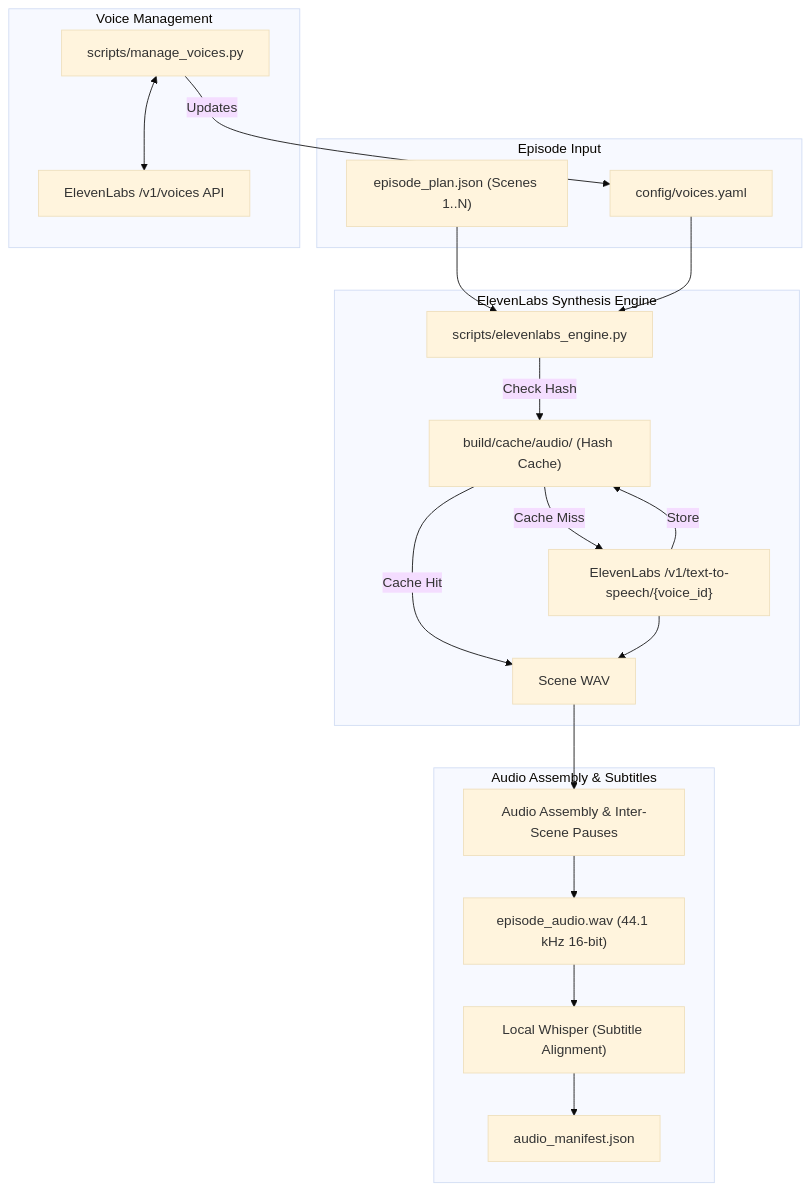
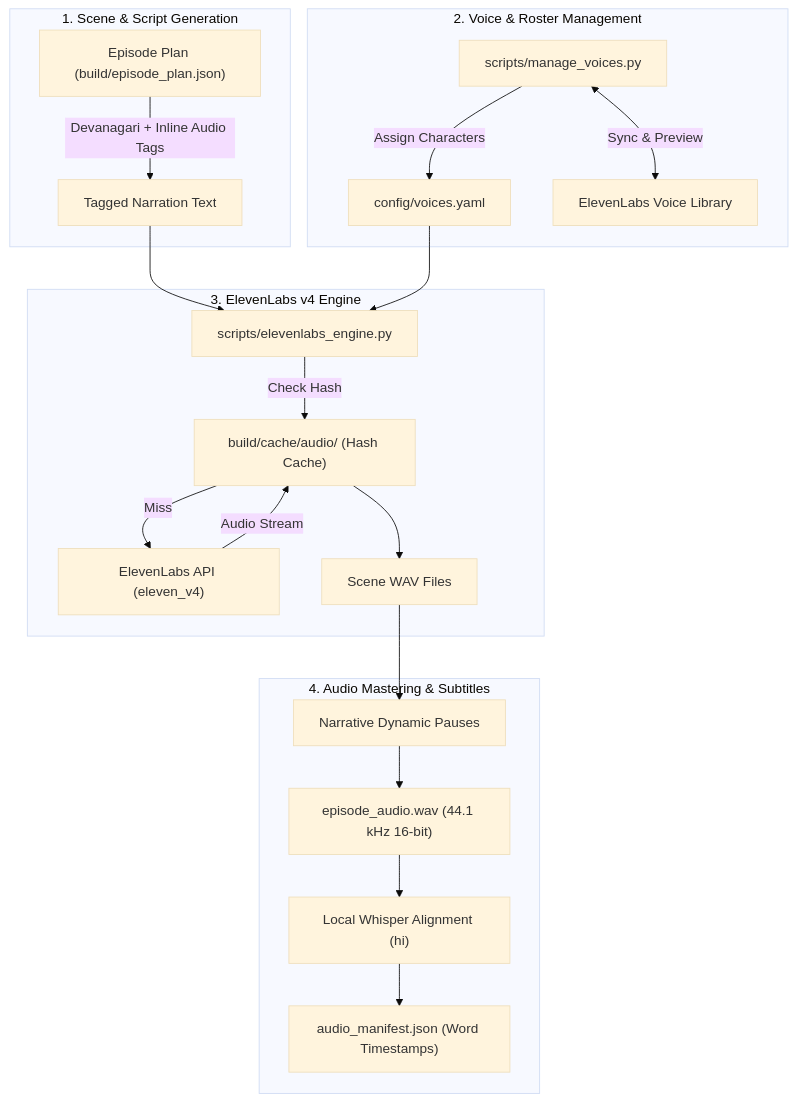
The first of 2 diagrams in docs/hindi-voice-engine-development-plan.md (manishborikar92/Sutradhar), drawn with Mermaid (base theme) before and after one commit. The commit also changed other lines of this file and 1 other file, not shown here.

First line of the commit message:
docs(prompts,plans): Update Sutradhar automation prompt and development plan for ElevenLabs integration

````diff
--- a/docs/hindi-voice-engine-development-plan.md
+++ b/docs/hindi-voice-engine-development-plan.md
@@ -66,36 +21,34 @@
 ```mermaid
 flowchart TD
-    subgraph Input ["Episode Input"]
-        EP["episode_plan.json (Scenes 1..N)"]
-        CFG["config/voices.yaml"]
+    subgraph Planning ["1. Scene & Script Generation"]
+        P["Episode Plan (build/episode_plan.json)"]
+        P -->|Devanagari + Inline Audio Tags| T["Tagged Narration Text"]
     end
 
-    subgraph Tooling ["Voice Management"]
+    subgraph Config ["2. Voice & Roster Management"]
+        VY["config/voices.yaml"]
         CLI["scripts/manage_voices.py"]
-        API_V["ElevenLabs /v1/voices API"]
-        CLI <--> API_V
-        CLI -->|Updates| CFG
+        CLI <-->|Sync & Preview| EL_LIB["ElevenLabs Voice Library"]
+        CLI -->|Assign Characters| VY
     end
 
-    subgraph Engine ["ElevenLabs Synthesis Engine"]
-        DISPATCH["scripts/elevenlabs_engine.py"]
+    subgraph Engine ["3. ElevenLabs v4 Engine"]
+        E["scripts/elevenlabs_engine.py"]
         CACHE["build/cache/audio/ (Hash Cache)"]
-        API_TTS["ElevenLabs /v1/text-to-speech/{voice_id}"]
+        API["ElevenLabs API (eleven_v4)"]
         
-        DISPATCH -->|Check Hash| CACHE
-        CACHE -->|Cache Hit| RET_AUDIO["Scene WAV"]
-        CACHE -->|Cache Miss| API_TTS
-        API_TTS -->|Store| CACHE
-        API_TTS --> RET_AUDIO
+        T --> E
+        VY --> E
+        E -->|Check Hash| CACHE
+        CACHE -->|Miss| API
+        API -->|Audio Stream| CACHE
+        CACHE --> SCENE_AUDIO["Scene WAV Files"]
     end
 
-    subgraph Assembly ["Audio Assembly & Subtitles"]
-        RET_AUDIO --> CONCAT["Audio Assembly & Inter-Scene Pauses"]
-        CONCAT --> MASTER["episode_audio.wav (44.1 kHz 16-bit)"]
-        MASTER --> WHISPER["Local Whisper (Subtitle Alignment)"]
-        WHISPER --> MANIFEST["audio_manifest.json"]
+    subgraph Assembly ["4. Audio Mastering & Subtitles"]
+        SCENE_AUDIO --> PAUSES["Narrative Dynamic Pauses"]
+        PAUSES --> MASTER["episode_audio.wav (44.1 kHz 16-bit)"]
+        MASTER --> WHISPER["Local Whisper Alignment (hi)"]
+        WHISPER --> MANIFEST["audio_manifest.json (Word Timestamps)"]
     end
-
-    EP --> DISPATCH
-    CFG --> DISPATCH
 ```
````
